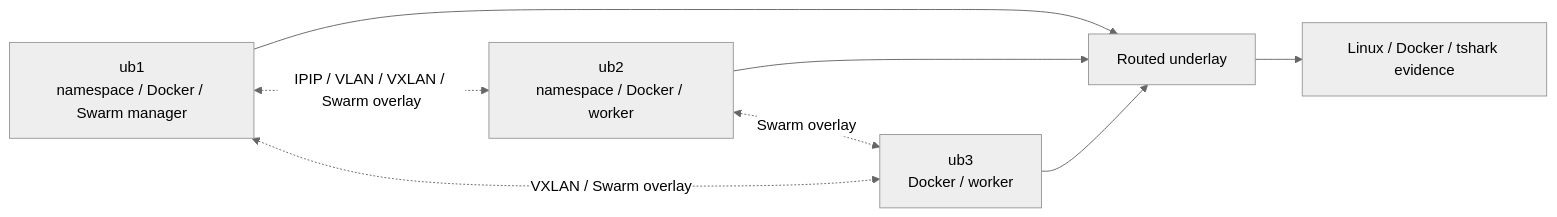
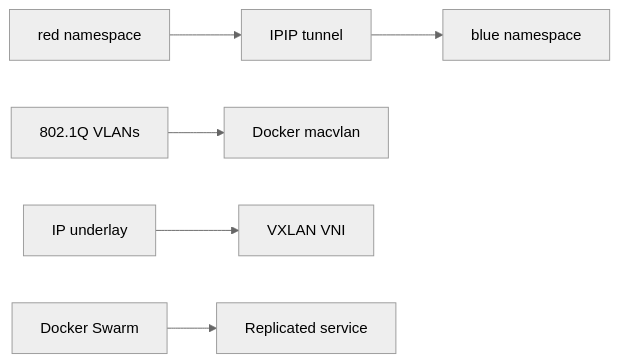
The diagram in README.md (jorgeflmendes/docker-network-containers-lab), drawn with Mermaid (neutral theme) before and after one commit. The commit also changed other lines of this file and 9 other files, not shown here.

````diff
--- a/README.md
+++ b/README.md
@@ -33,10 +18,7 @@
 ```mermaid
 flowchart LR
-UB1["ub1\nnamespace / Docker / Swarm manager"] --> R1["Routed underlay"]
-UB2["ub2\nnamespace / Docker / worker"] --> R1
-UB3["ub3\nDocker / worker"] --> R1
-UB1 <-. IPIP / VLAN / VXLAN / Swarm overlay .-> UB2
-UB1 <-. VXLAN / Swarm overlay .-> UB3
-UB2 <-. Swarm overlay .-> UB3
-R1 --> EVIDENCE["Linux / Docker / tshark evidence"]
+RED["red namespace"] --> IPIP["IPIP tunnel"] --> BLUE["blue namespace"]
+VLAN["802.1Q VLANs"] --> MACVLAN["Docker macvlan"]
+UNDERLAY["IP underlay"] --> VXLAN["VXLAN VNI"]
+SWARM["Docker Swarm"] --> SERVICE["Replicated service"]
 ```
````
